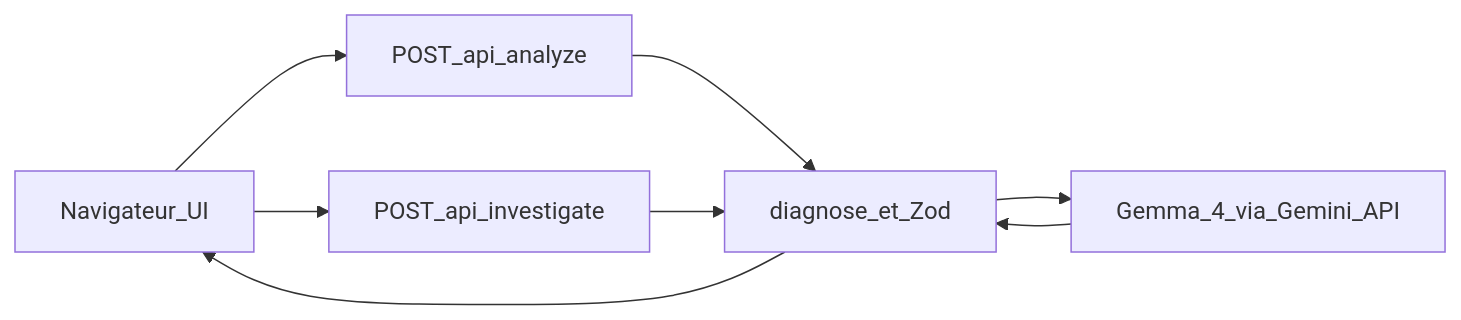
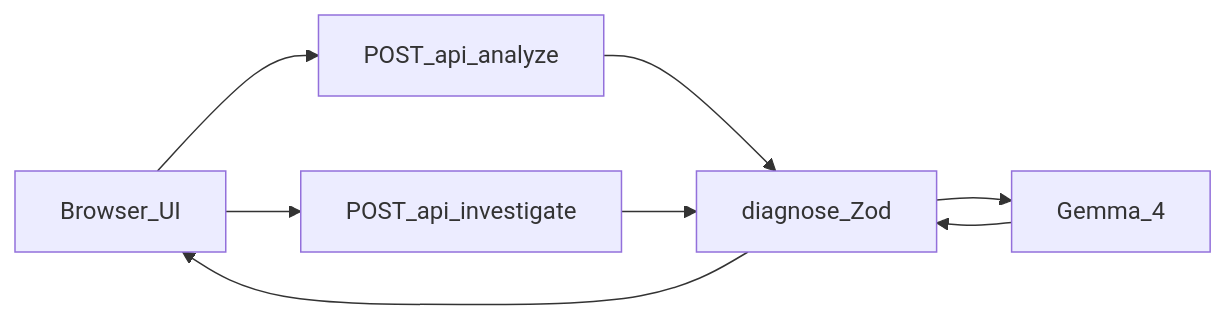
Before and after one commit to roldhaa/screenshot-debugger: the diagram in README.md, drawn with Mermaid. The commit also changed other lines of this file, not shown here.

First line of the commit message:
Merge bilingual README with MLH win criteria in one flow.

````diff
--- a/README.md
+++ b/README.md
@@ -68,11 +208,11 @@
 ```mermaid
 flowchart LR
-  browser[Navigateur_UI]
+  browser[Browser_UI]
   analyze[POST_api_analyze]
   investigate[POST_api_investigate]
-  diagnose[diagnose_et_Zod]
-  gemma[Gemma_4_via_Gemini_API]
+  diagnose[diagnose_Zod]
+  gemma[Gemma_4]
   browser --> analyze --> diagnose --> gemma
   browser --> investigate --> diagnose
   gemma --> diagnose --> browser
 ```
````
